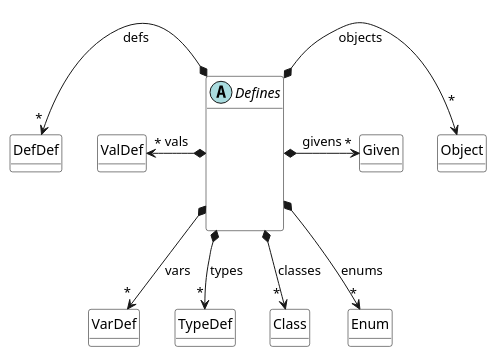
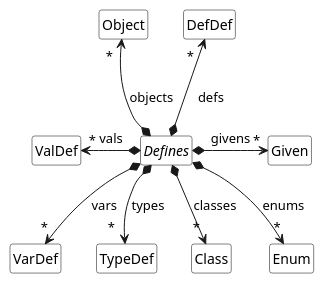
The diagram in scala-meta-model/sub/defines.meta.puml (tizuck/scala-uml-diagrams), drawn with PlantUML before and after one commit. The commit also changed 52 other files, not shown here.

Commit message:
further diagrams

```diff
--- a/scala-meta-model/sub/defines.meta.puml
+++ b/scala-meta-model/sub/defines.meta.puml
@@ -1,27 +1,26 @@
 @startuml Defines 
 abstract class Defines {
     \n
     \n
     \n 
 }
 
 Defines *--left> "*" ValDef : vals 
-Defines *--left> "*" DefDef : "\n defs" 
+Defines *--up> " *  " DefDef : "\n defs" 
 Defines *--> "*" VarDef : vars
-Defines *--> "*" TypeDef : types
+Defines *--> " *  " TypeDef : types
 Defines *--> "    \n*" Class : classes
 Defines *--> "\n*" Enum  : enums 
-Defines *--right> "*\n" Object : "\nobjects" 
+Defines *--up> " *  \n" Object : "\nobjects" 
 Defines *--right> "*" Given : givens 
 
-hide class circle
-hide class methods
-hide Defines methods
+hide circle
+hide members 
 
 skinparam class {
     BackgroundColor White
     ArrowColor Black
     BorderColor Black
 }
 
 @enduml 
```
